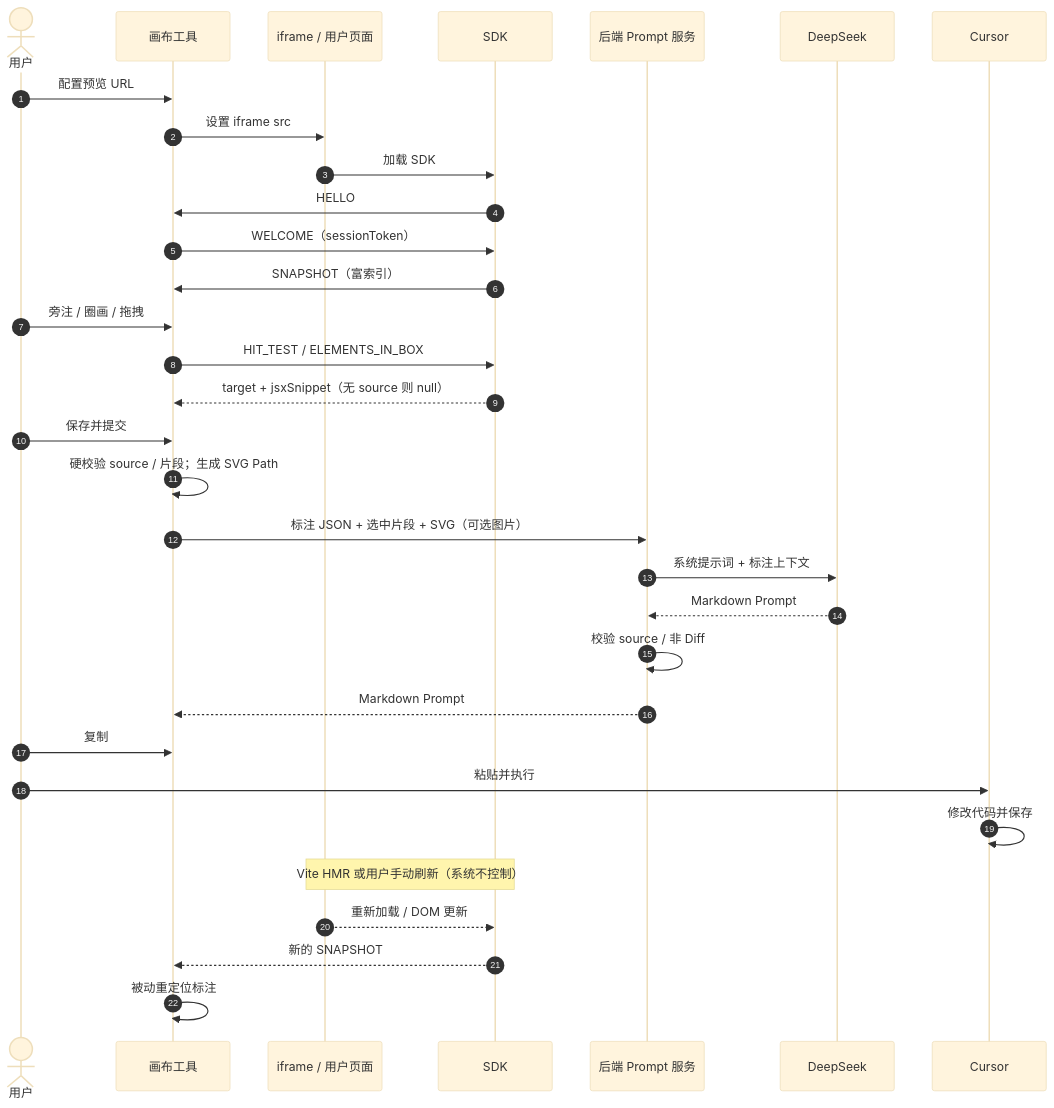
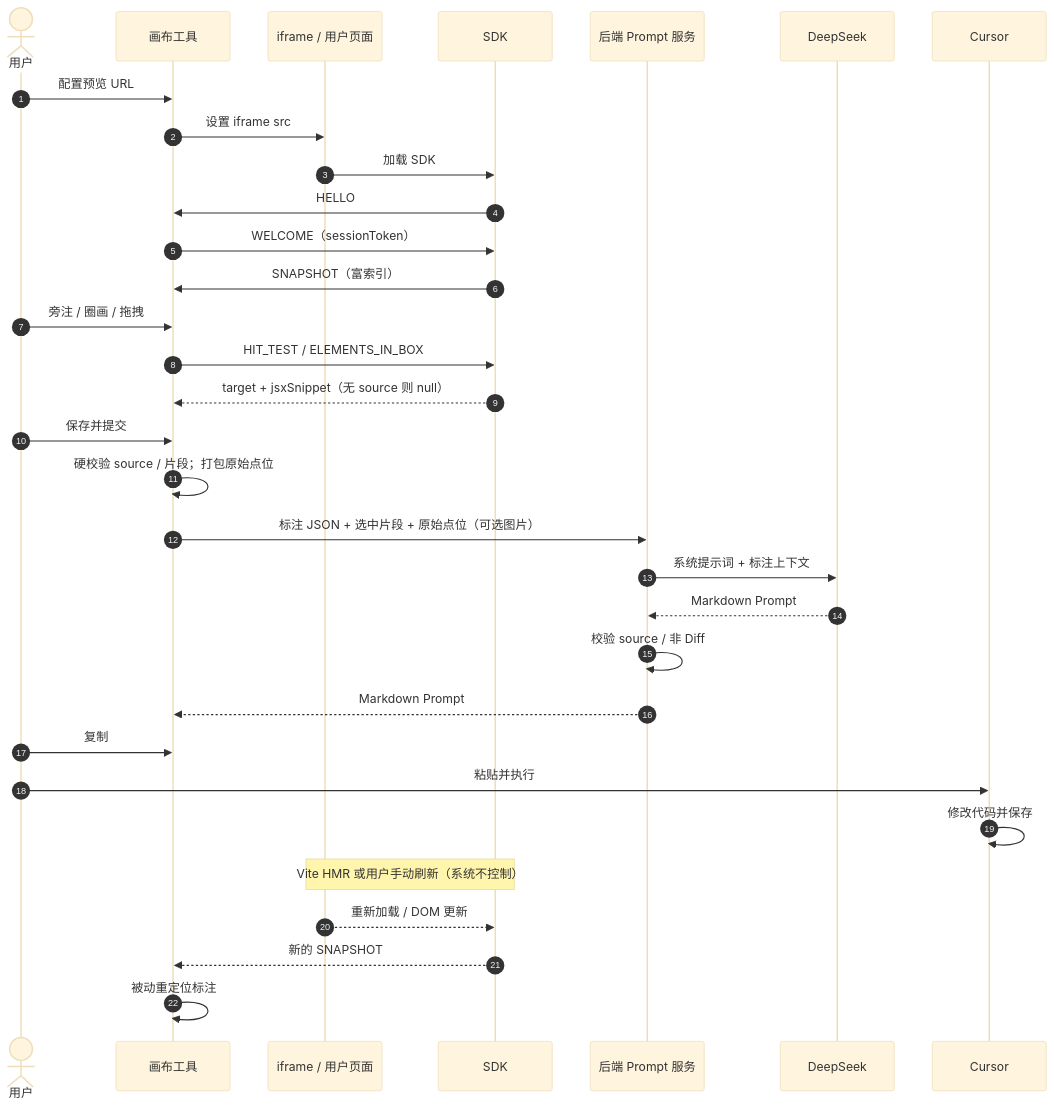
One commit to Cai199999/vibe-app changed the seventh of 8 diagrams in docs/design/02.整体架构设计.md. Above: the diagram before and after it, drawn with Mermaid (base theme). The commit also changed other lines of this file and 5 other files, not shown here.

````diff
--- a/docs/design/02.整体架构设计.md
+++ b/docs/design/02.整体架构设计.md
@@ -879,35 +891,35 @@
 ```mermaid
 sequenceDiagram
     autonumber
     actor U as 用户
     participant H as 画布工具
     participant F as iframe / 用户页面
     participant S as SDK
     participant A as 后端 Prompt 服务
     participant D as DeepSeek
     participant C as Cursor
 
     U->>H: 配置预览 URL
     H->>F: 设置 iframe src
     F->>S: 加载 SDK
     S->>H: HELLO
     H->>S: WELCOME（sessionToken）
     S->>H: SNAPSHOT（富索引）
     U->>H: 旁注 / 圈画 / 拖拽
     H->>S: HIT_TEST / ELEMENTS_IN_BOX
     S-->>H: target + jsxSnippet（无 source 则 null）
     U->>H: 保存并提交
-    H->>H: 硬校验 source / 片段；生成 SVG Path
-    H->>A: 标注 JSON + 选中片段 + SVG（可选图片）
+    H->>H: 硬校验 source / 片段；打包原始点位
+    H->>A: 标注 JSON + 选中片段 + 原始点位（可选图片）
     A->>D: 系统提示词 + 标注上下文
     D-->>A: Markdown Prompt
     A->>A: 校验 source / 非 Diff
     A-->>H: Markdown Prompt
     U->>H: 复制
     U->>C: 粘贴并执行
     C->>C: 修改代码并保存
     Note over F,S: Vite HMR 或用户手动刷新（系统不控制）
     F-->>S: 重新加载 / DOM 更新
     S-->>H: 新的 SNAPSHOT
     H->>H: 被动重定位标注
 ```
````
